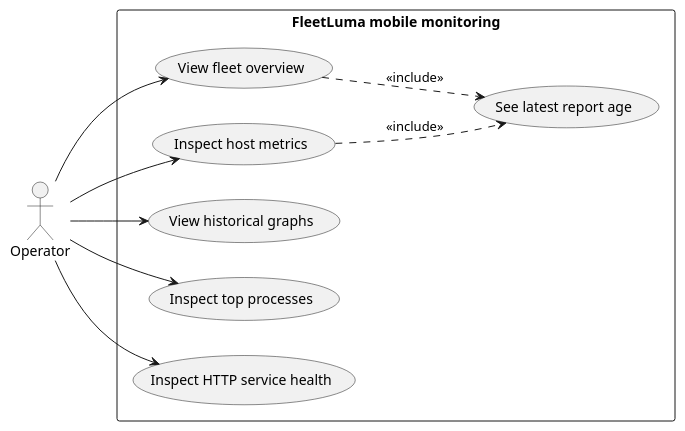
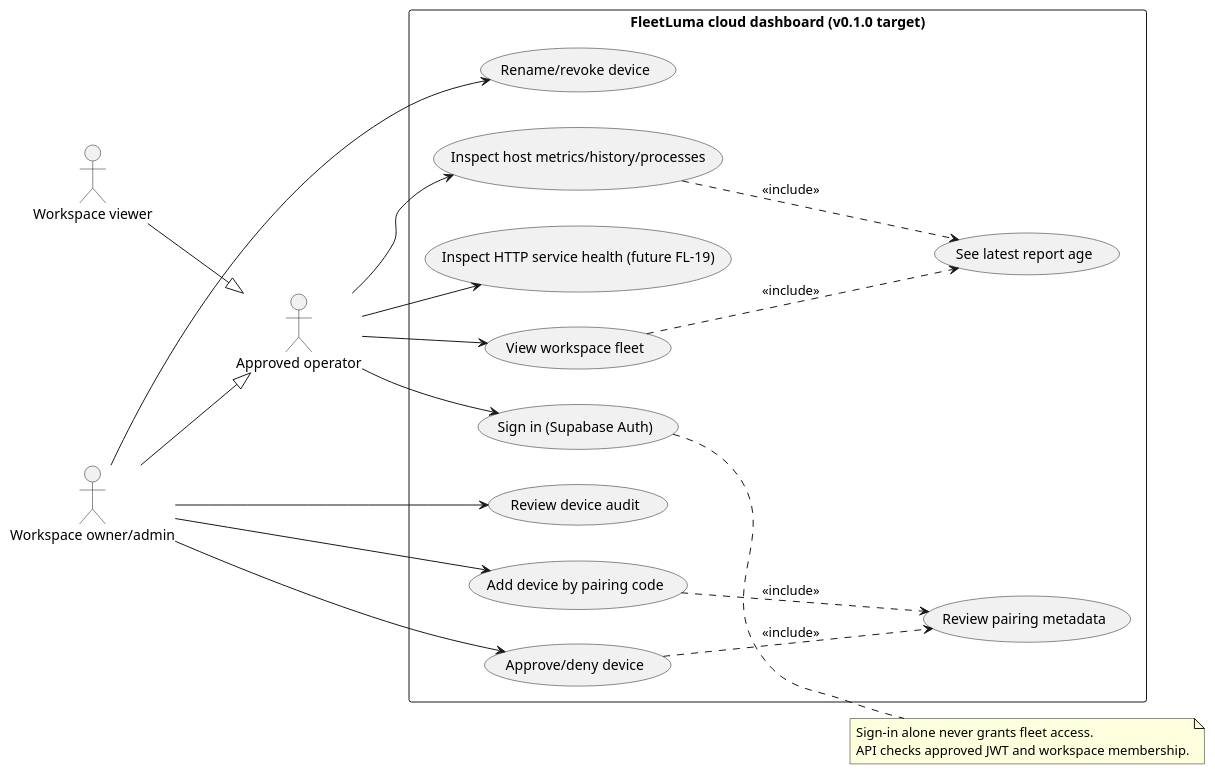
One commit to Adam-BArbia/fleetluma changed the diagram in docs/uml/plantuml/01_use_cases_operator.puml. Above: the diagram before and after it, drawn with PlantUML.

Commit message:
docs(FL-31): synchronize 01_use_cases_operator.puml with cloud pairing model

```diff
--- a/docs/uml/plantuml/01_use_cases_operator.puml
+++ b/docs/uml/plantuml/01_use_cases_operator.puml
@@ -1,19 +1,36 @@
 @startuml 01_use_cases_operator
 left to right direction
-actor Operator
-rectangle "FleetLuma mobile monitoring" {
- usecase "View fleet overview" as Fleet
- usecase "Inspect host metrics" as Host
- usecase "View historical graphs" as Graph
- usecase "Inspect top processes" as Proc
- usecase "Inspect HTTP service health" as Service
+actor "Approved operator" as Operator
+actor "Workspace owner/admin" as Admin
+actor "Workspace viewer" as Viewer
+Admin --|> Operator
+Viewer --|> Operator
+rectangle "FleetLuma cloud dashboard (v0.1.0 target)" {
+ usecase "Sign in (Supabase Auth)" as Login
+ usecase "View workspace fleet" as Fleet
+ usecase "Inspect host metrics/history/processes" as Inspect
  usecase "See latest report age" as Age
+ usecase "Add device by pairing code" as Pair
+ usecase "Review pairing metadata" as Review
+ usecase "Approve/deny device" as Decide
+ usecase "Rename/revoke device" as Manage
+ usecase "Review device audit" as Audit
+ usecase "Inspect HTTP service health (future FL-19)" as Service
 }
+Operator --> Login
 Operator --> Fleet
-Operator --> Host
-Operator --> Graph
-Operator --> Proc
+Operator --> Inspect
 Operator --> Service
+Admin --> Pair
+Admin --> Decide
+Admin --> Manage
+Admin --> Audit
+Pair ..> Review : <<include>>
+Decide ..> Review : <<include>>
 Fleet ..> Age : <<include>>
-Host ..> Age : <<include>>
+Inspect ..> Age : <<include>>
+note right of Login
+ Sign-in alone never grants fleet access.
+ API checks approved JWT and workspace membership.
+end note
 @enduml
```
